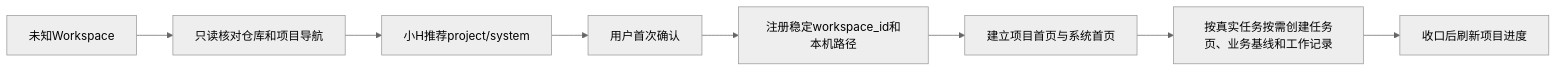
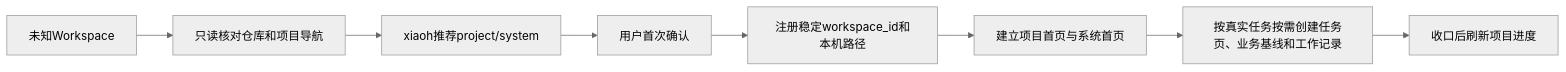
One commit to winnnnnnk/littleH changed the fourth of 4 diagrams in docs/implementation-design.md. Above: the diagram before and after it, drawn with Mermaid (neutral theme). The commit also changed other lines of this file and 56 other files, not shown here.

````diff
--- a/docs/implementation-design.md
+++ b/docs/implementation-design.md
@@ -575,10 +575,10 @@
 ```mermaid
 flowchart LR
     A["未知Workspace"] --> B["只读核对仓库和项目导航"]
-    B --> C["小H推荐project/system"]
+    B --> C["xiaoh推荐project/system"]
     C --> D["用户首次确认"]
     D --> E["注册稳定workspace_id和本机路径"]
     E --> F["建立项目首页与系统首页"]
     F --> G["按真实任务按需创建任务页、业务基线和工作记录"]
     G --> H["收口后刷新项目进度"]
 ```
````
